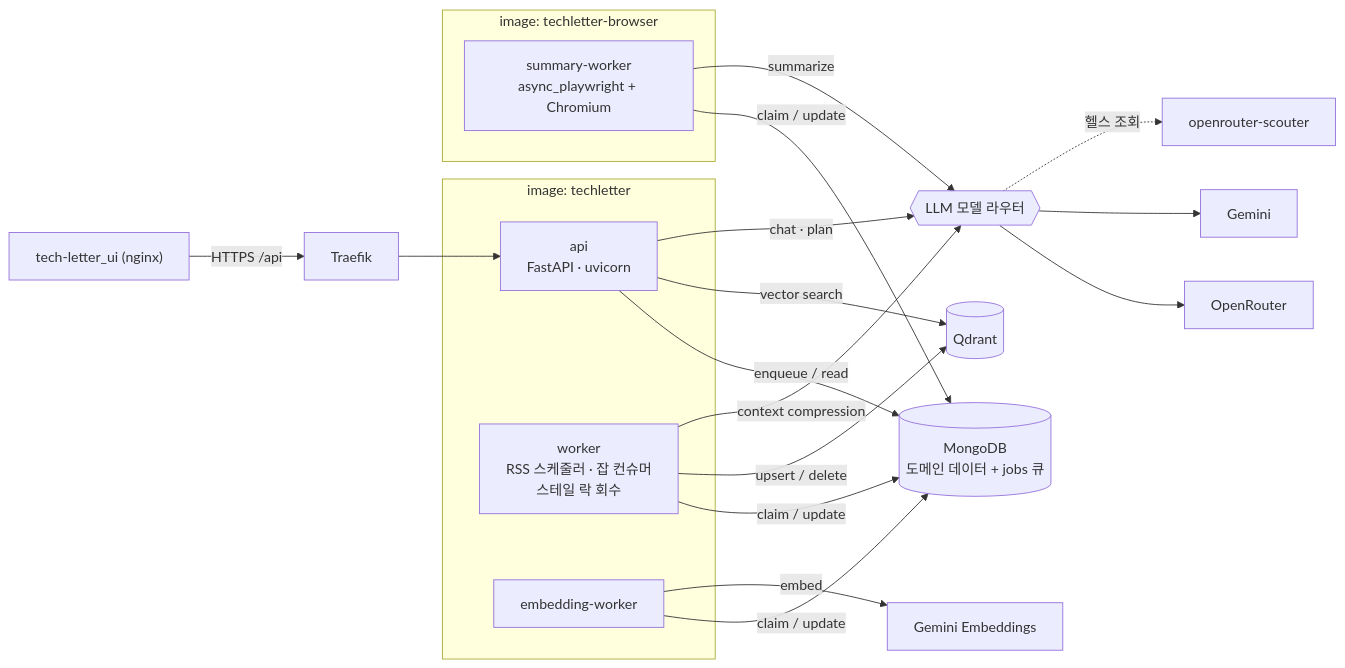
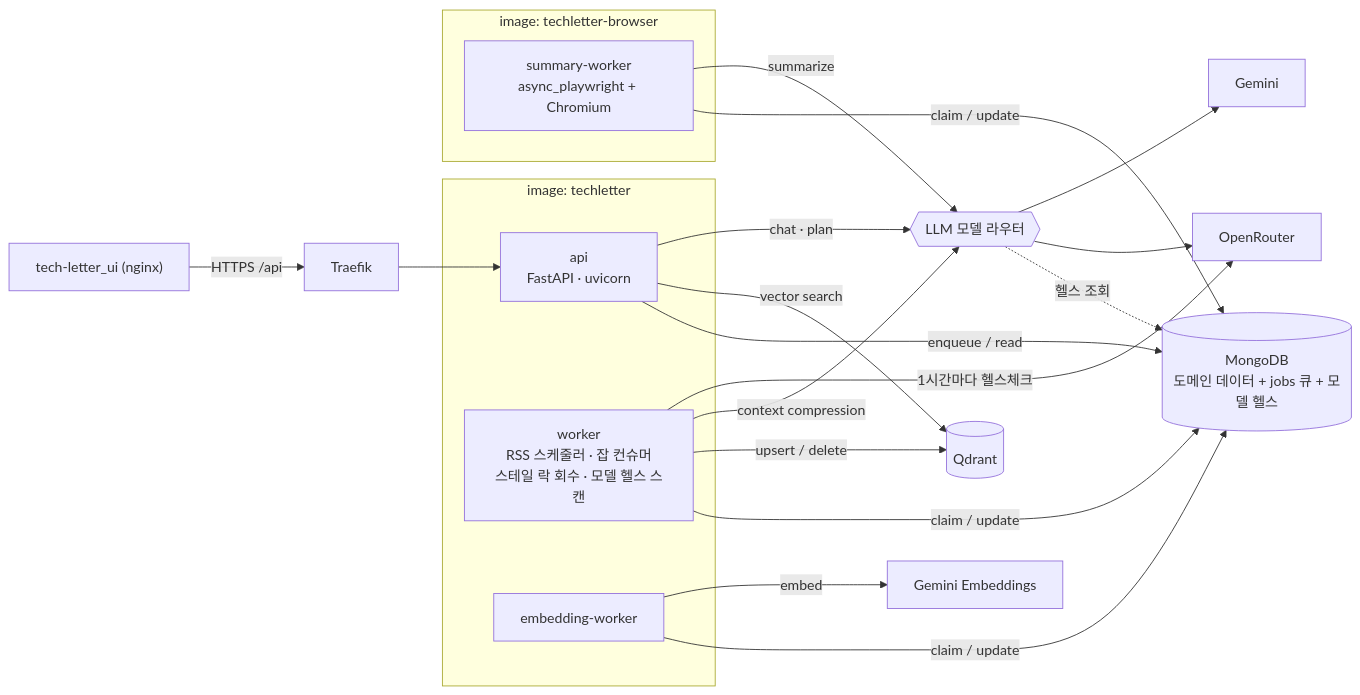
The diagram in docs/architecture/architecture.md (TechLetter/tech-letter), drawn with Mermaid before and after one commit. The commit also changed other lines of this file and 19 other files, not shown here.

````diff
--- a/docs/architecture/architecture.md
+++ b/docs/architecture/architecture.md
@@ -7,30 +7,31 @@
 ```mermaid
 flowchart LR
     FE["tech-letter_ui (nginx)"] -->|HTTPS /api| T[Traefik]
     T --> API
 
     subgraph img1["image: techletter"]
         API["api<br/>FastAPI · uvicorn"]
-        W["worker<br/>RSS 스케줄러 · 잡 컨슈머<br/>스테일 락 회수"]
+        W["worker<br/>RSS 스케줄러 · 잡 컨슈머<br/>스테일 락 회수 · 모델 헬스 스캔"]
         EW["embedding-worker"]
     end
     subgraph img2["image: techletter-browser"]
         SW["summary-worker<br/>async_playwright + Chromium"]
     end
 
-    API -->|enqueue / read| M[("MongoDB<br/>도메인 데이터 + jobs 큐")]
+    API -->|enqueue / read| M[("MongoDB<br/>도메인 데이터 + jobs 큐 + 모델 헬스")]
     W -->|claim / update| M
     SW -->|claim / update| M
     EW -->|claim / update| M
 
     API -->|vector search| Q[(Qdrant)]
     W -->|upsert / delete| Q
 
     API -->|chat · plan| R{{"LLM 모델 라우터"}}
     W -->|context compression| R
+    W -->|1시간마다 헬스체크| OR
     SW -->|summarize| R
     EW -->|embed| G[Gemini Embeddings]
+    R -.->|헬스 조회| M
     R --> OR[OpenRouter]
     R --> GG[Gemini]
-    R -.->|헬스 조회| SC[openrouter-scouter]
 ```
````
